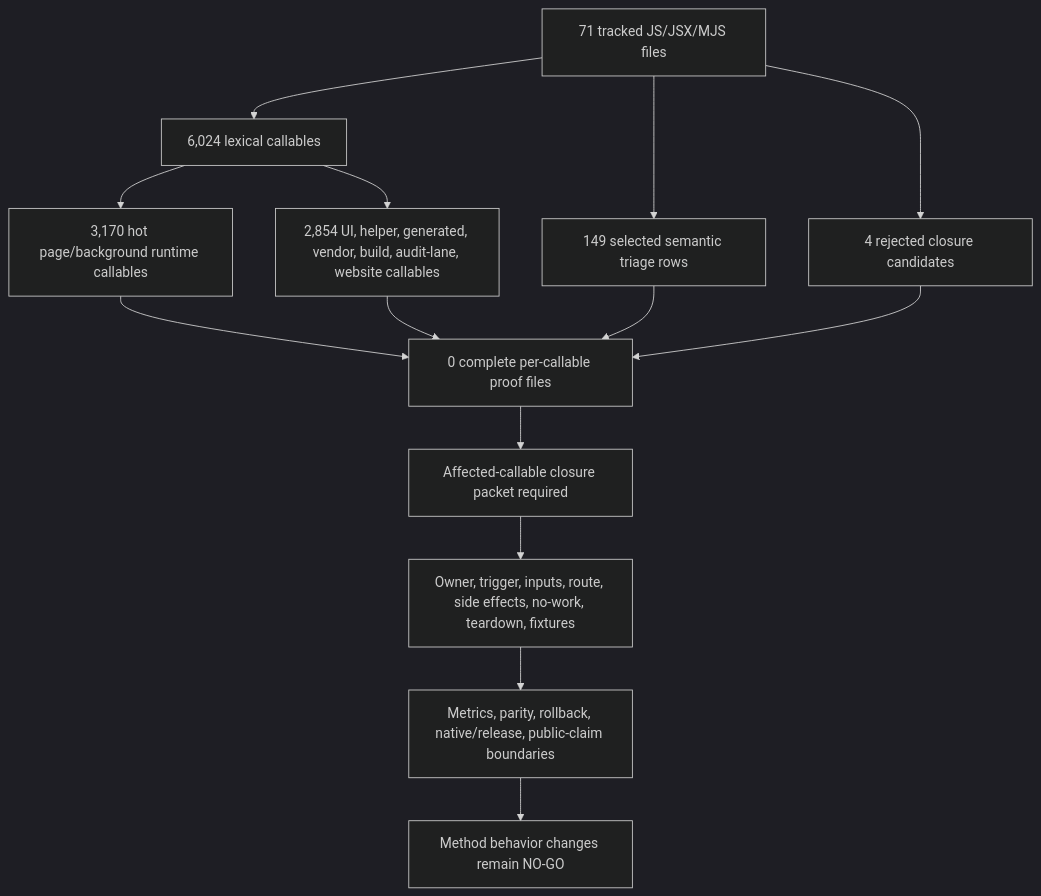
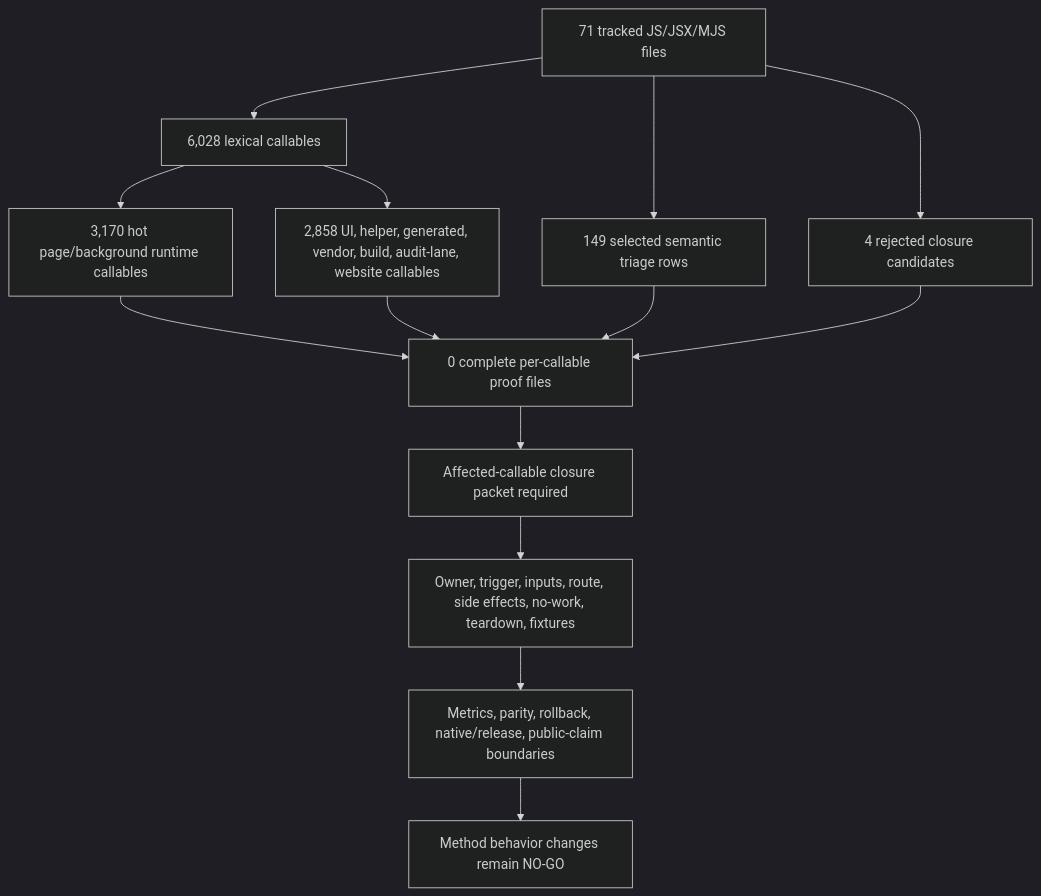
The first of 2 diagrams in docs/audit/FILTERTUBE_METHOD_SEMANTIC_PROOF_GAP_INDEX_CURRENT_BEHAVIOR_2026-05-25.md (varshneydevansh/FilterTube), drawn with Mermaid (dark theme) before and after one commit. The commit also changed other lines of this file and 53 other files, not shown here.

````diff
--- a/docs/audit/FILTERTUBE_METHOD_SEMANTIC_PROOF_GAP_INDEX_CURRENT_BEHAVIOR_2026-05-25.md
+++ b/docs/audit/FILTERTUBE_METHOD_SEMANTIC_PROOF_GAP_INDEX_CURRENT_BEHAVIOR_2026-05-25.md
@@ -147,16 +147,16 @@
 ```mermaid
 flowchart TD
-  A["71 tracked JS/JSX/MJS files"] --> B["6,024 lexical callables"]
+  A["71 tracked JS/JSX/MJS files"] --> B["6,028 lexical callables"]
   B --> C["3,170 hot page/background runtime callables"]
-  B --> D["2,854 UI, helper, generated, vendor, build, audit-lane, website callables"]
+  B --> D["2,858 UI, helper, generated, vendor, build, audit-lane, website callables"]
   A --> E["149 selected semantic triage rows"]
   A --> F["4 rejected closure candidates"]
   C --> G["0 complete per-callable proof files"]
   D --> G
   E --> G
   F --> G
   G --> H["Affected-callable closure packet required"]
   H --> I["Owner, trigger, inputs, route, side effects, no-work, teardown, fixtures"]
   I --> J["Metrics, parity, rollback, native/release, public-claim boundaries"]
   J --> K["Method behavior changes remain NO-GO"]
 ```
````
